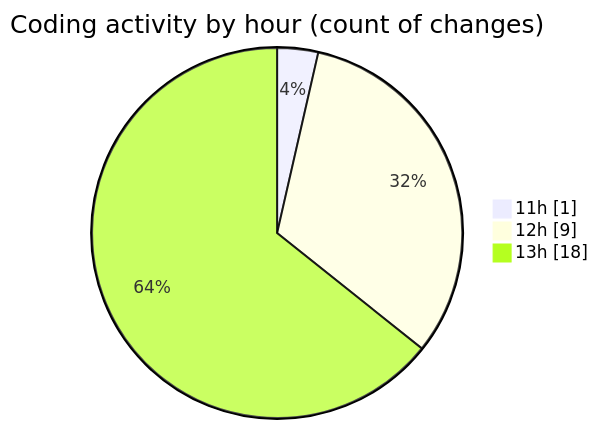
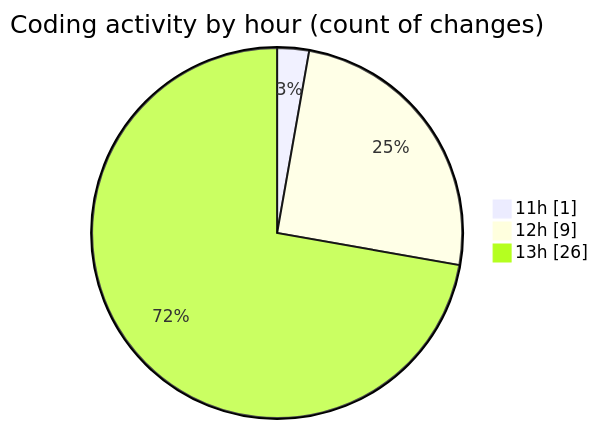
The second of 2 diagrams in 2025-11-04/nxtqube_webapp/README.md (nxtqubesakshisongat/code-tracking), drawn with Mermaid before and after one commit. The commit also changed other lines of this file and 1 other file, not shown here.

````diff
--- a/2025-11-04/nxtqube_webapp/README.md
+++ b/2025-11-04/nxtqube_webapp/README.md
@@ -31,7 +31,7 @@
 ```mermaid
 pie showData
 title Coding activity by hour (count of changes)
 "11h" : 1
 "12h" : 9
-"13h" : 18
+"13h" : 26
 ```
````
